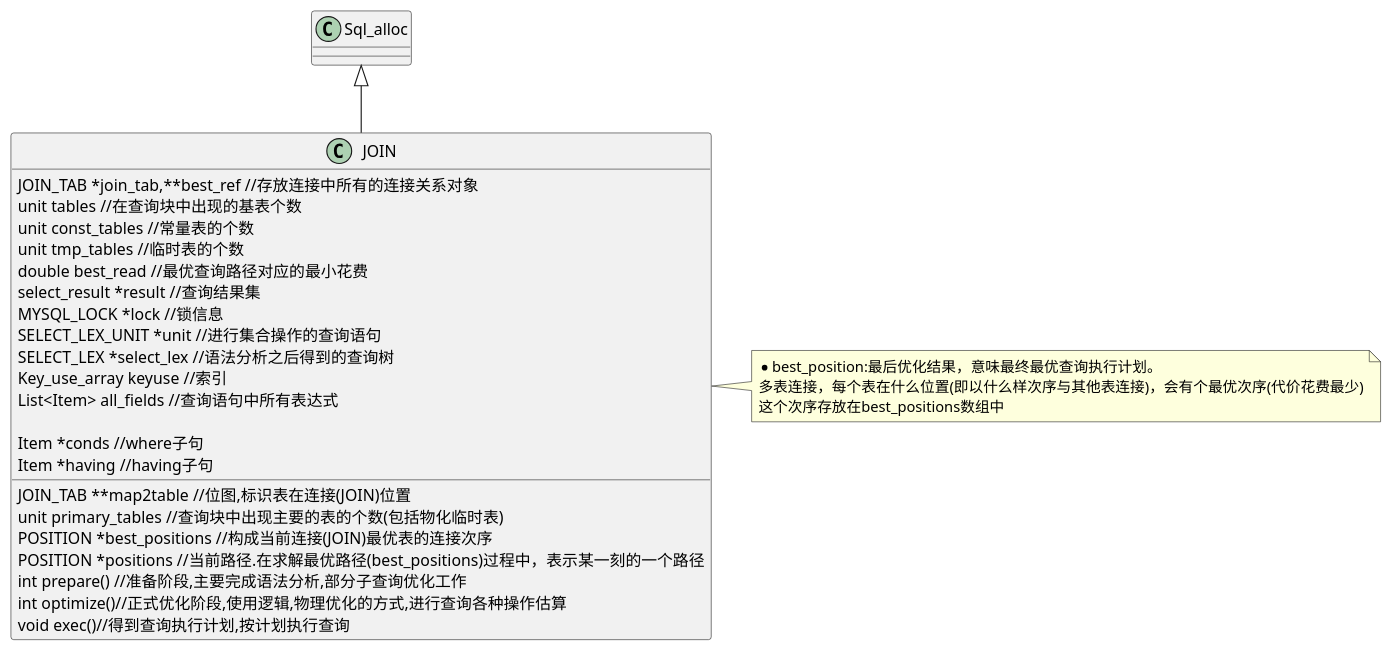
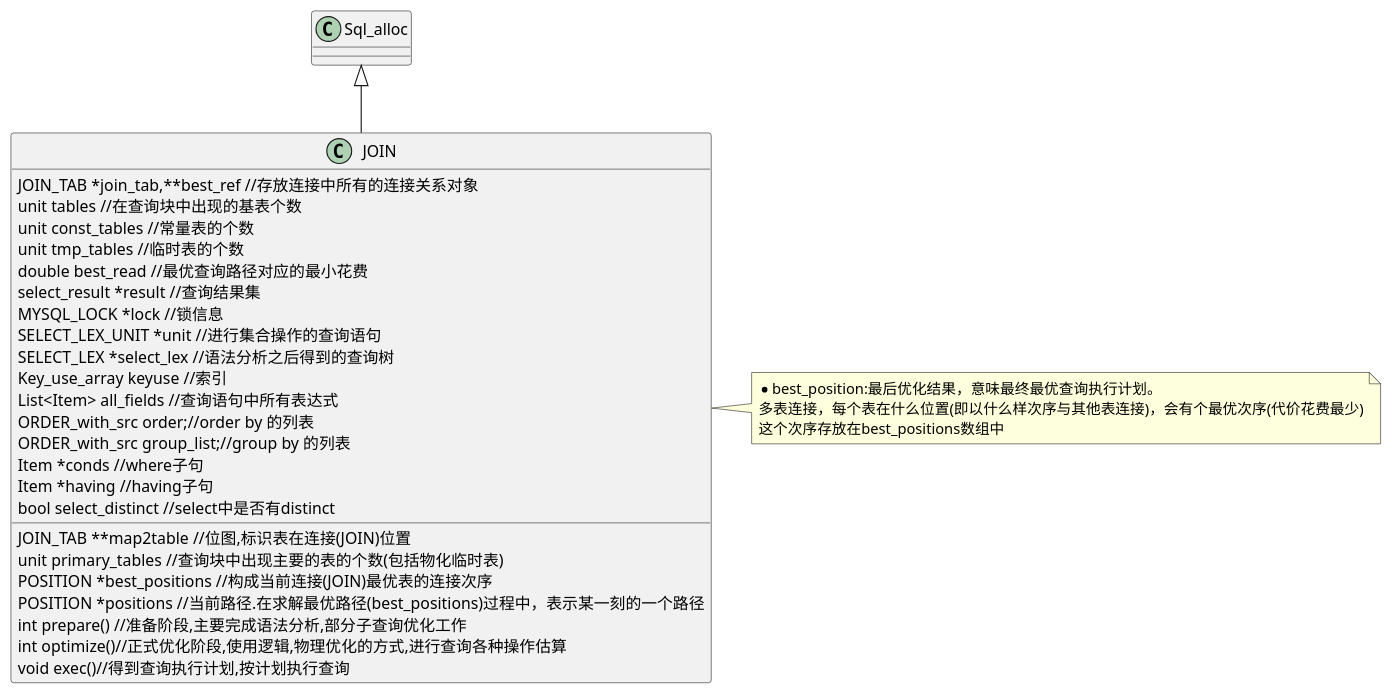
One commit to wult/org_doc changed the fourth of 8 diagrams in it/mysql/queryOptimizer/mysql_base_class.org. Above: the diagram before and after it, drawn with PlantUML.

```diff
--- a/it/mysql/queryOptimizer/mysql_base_class.org
+++ b/it/mysql/queryOptimizer/mysql_base_class.org
@@ -123,34 +123,36 @@
 #+BEGIN_SRC plantuml :file images/join.png :cmdline -charset utf-8
 class JOIN{
     JOIN_TAB *join_tab,**best_ref //存放连接中所有的连接关系对象
     JOIN_TAB **map2table //位图,标识表在连接(JOIN)位置
     unit tables //在查询块中出现的基表个数
     unit primary_tables //查询块中出现主要的表的个数(包括物化临时表)
     unit const_tables //常量表的个数
     unit tmp_tables //临时表的个数
     POSITION *best_positions //构成当前连接(JOIN)最优表的连接次序
     POSITION *positions //当前路径.在求解最优路径(best_positions)过程中，表示某一刻的一个路径
     double best_read //最优查询路径对应的最小花费
     select_result *result //查询结果集
     MYSQL_LOCK *lock //锁信息
     SELECT_LEX_UNIT *unit //进行集合操作的查询语句
     SELECT_LEX *select_lex //语法分析之后得到的查询树
     Key_use_array keyuse //索引
     List<Item> all_fields //查询语句中所有表达式
-
+    ORDER_with_src order;//order by 的列表
+    ORDER_with_src group_list;//group by 的列表
     Item *conds //where子句
     Item *having //having子句
-    
+    bool select_distinct //select中是否有distinct
+
     int prepare() //准备阶段,主要完成语法分析,部分子查询优化工作
     int optimize()//正式优化阶段,使用逻辑,物理优化的方式,进行查询各种操作估算
     void exec()//得到查询执行计划,按计划执行查询
 }
 
 note right of JOIN
 *best_position:最后优化结果，意味最终最优查询执行计划。
 多表连接，每个表在什么位置(即以什么样次序与其他表连接)，会有个最优次序(代价花费最少)
 这个次序存放在best_positions数组中
 end note
 
 Sql_alloc <|-- JOIN
 #+END_SRC
```
